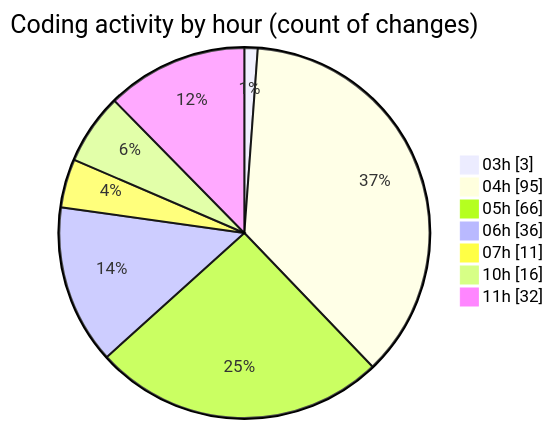
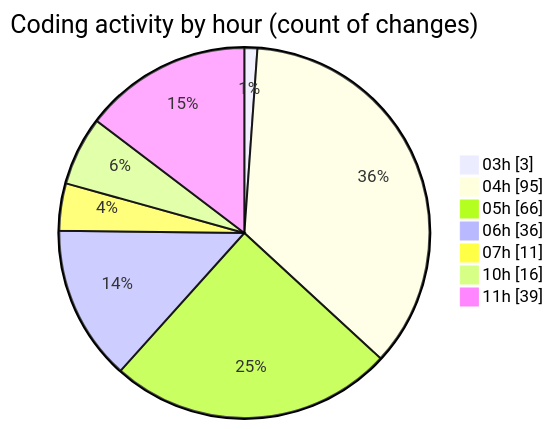
One commit to ernivani/code-tracking changed the second of 2 diagrams in 2025-01-03/tinycms/README.md. Above: the diagram before and after it, drawn with Mermaid. The commit also changed other lines of this file and 5 other files, not shown here.

````diff
--- a/2025-01-03/tinycms/README.md
+++ b/2025-01-03/tinycms/README.md
@@ -76,11 +76,11 @@
 ```mermaid
 pie showData
 title Coding activity by hour (count of changes)
 "03h" : 3
 "04h" : 95
 "05h" : 66
 "06h" : 36
 "07h" : 11
 "10h" : 16
-"11h" : 32
+"11h" : 39
 ```
````
